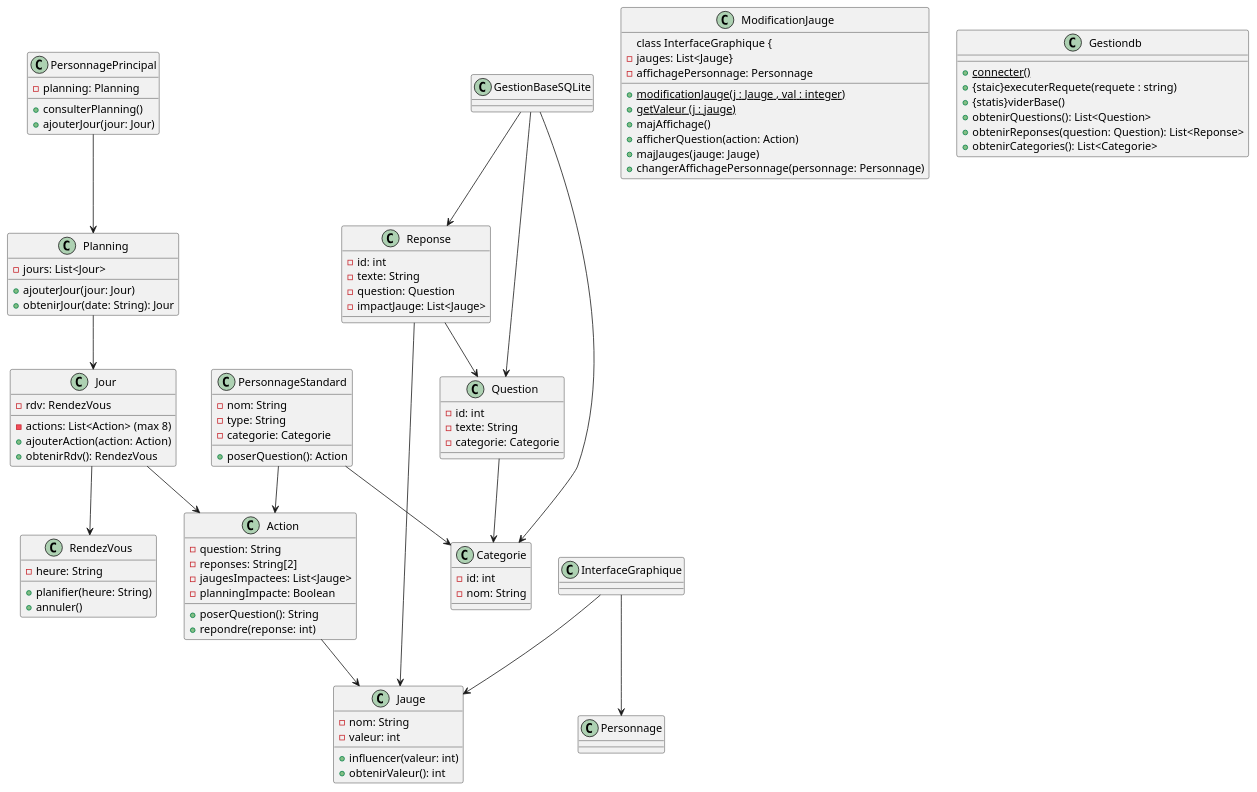
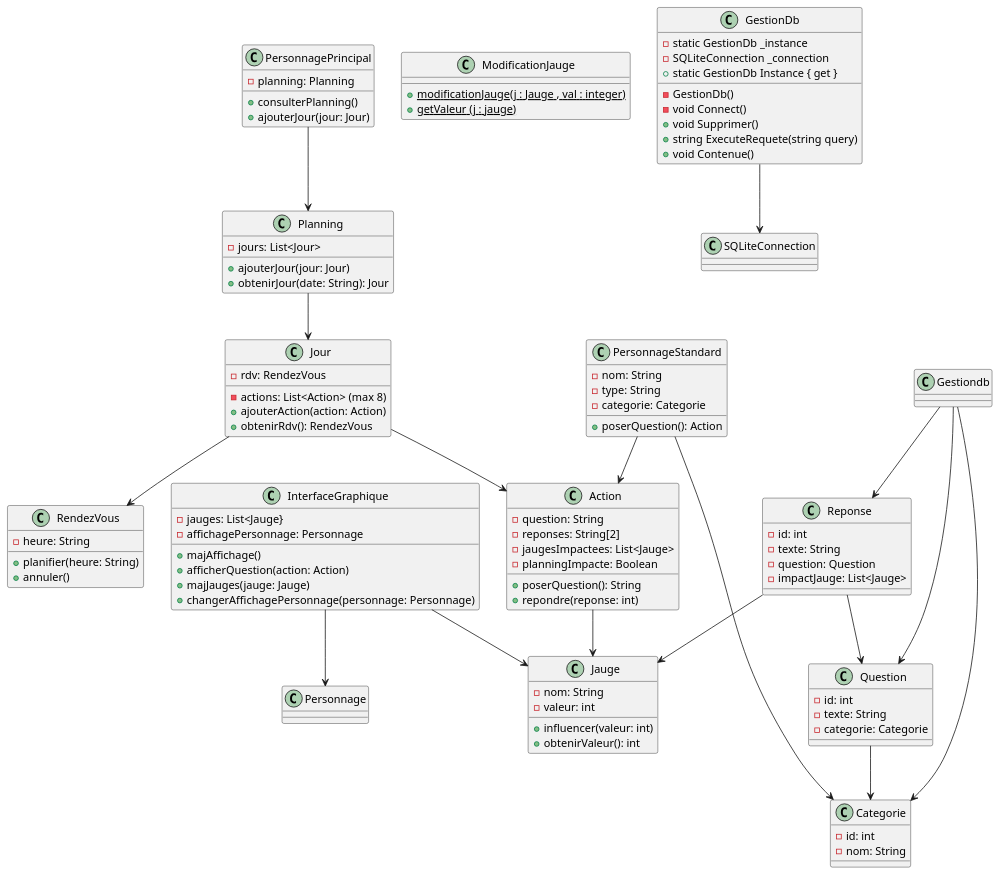
The diagram in uml.puml (Dimensio305/serious-game-university-simulator), drawn with PlantUML before and after one commit. The commit also changed 21 other files, not shown here.

```diff
--- a/uml.puml
+++ b/uml.puml
@@ -1,109 +1,114 @@
 @startuml
 
 class PersonnagePrincipal {
     - planning: Planning
     + consulterPlanning()
     + ajouterJour(jour: Jour)
 }
 
 class PersonnageStandard {
     - nom: String
     - type: String
     - categorie: Categorie
     + poserQuestion(): Action
 }
 
 class Planning {
     - jours: List<Jour>
     + ajouterJour(jour: Jour)
     + obtenirJour(date: String): Jour
 }
 
 class Jour {
     - rdv: RendezVous
     - actions: List<Action> (max 8)
     + ajouterAction(action: Action)
     + obtenirRdv(): RendezVous
 }
 
 class RendezVous {
     - heure: String
     + planifier(heure: String)
     + annuler()
 }
 
 class Action {
     - question: String
     - reponses: String[2]
     - jaugesImpactees: List<Jauge>
     - planningImpacte: Boolean
     + poserQuestion(): String
     + repondre(reponse: int)
 }
 
 class Jauge {
     - nom: String
     - valeur: int
     + influencer(valeur: int)
     + obtenirValeur(): int
 }
 
 class ModificationJauge{
     +{static}modificationJauge(j : Jauge , val : integer)
     +{static}getValeur (j : jauge)
+    }
 
 class InterfaceGraphique {
     - jauges: List<Jauge}
     - affichagePersonnage: Personnage
     + majAffichage()
     + afficherQuestion(action: Action)
     + majJauges(jauge: Jauge)
     + changerAffichagePersonnage(personnage: Personnage)
 }
 
-class Gestiondb {
-    + {static}connecter()
-    + {staic}executerRequete(requete : string)
-    + {statis}viderBase()
-    + obtenirQuestions(): List<Question>
-    + obtenirReponses(question: Question): List<Reponse>
-    + obtenirCategories(): List<Categorie>
+class GestionDb {
+    - static GestionDb _instance
+    - SQLiteConnection _connection
+    - GestionDb()
+    + static GestionDb Instance { get }
+    - void Connect()
+    + void Supprimer()
+    + string ExecuteRequete(string query)
+    + void Contenue()
 }
+
+GestionDb --> SQLiteConnection
 
 class Question {
     - id: int
     - texte: String
     - categorie: Categorie
 }
 
 class Reponse {
     - id: int
     - texte: String
     - question: Question
     - impactJauge: List<Jauge>
 }
 
 class Categorie {
     - id: int
     - nom: String
 }
 
 PersonnagePrincipal --> Planning
 PersonnageStandard --> Action
 PersonnageStandard --> Categorie
 Planning --> Jour
 Jour --> Action
 Jour --> RendezVous
 Action --> Jauge
 InterfaceGraphique --> Jauge
 InterfaceGraphique --> Personnage
 
-GestionBaseSQLite --> Question
-GestionBaseSQLite --> Reponse
-GestionBaseSQLite --> Categorie
+Gestiondb --> Question
+Gestiondb --> Reponse
+Gestiondb --> Categorie
 
 Question --> Categorie
 Reponse --> Question
 Reponse --> Jauge
 
 @enduml
```
